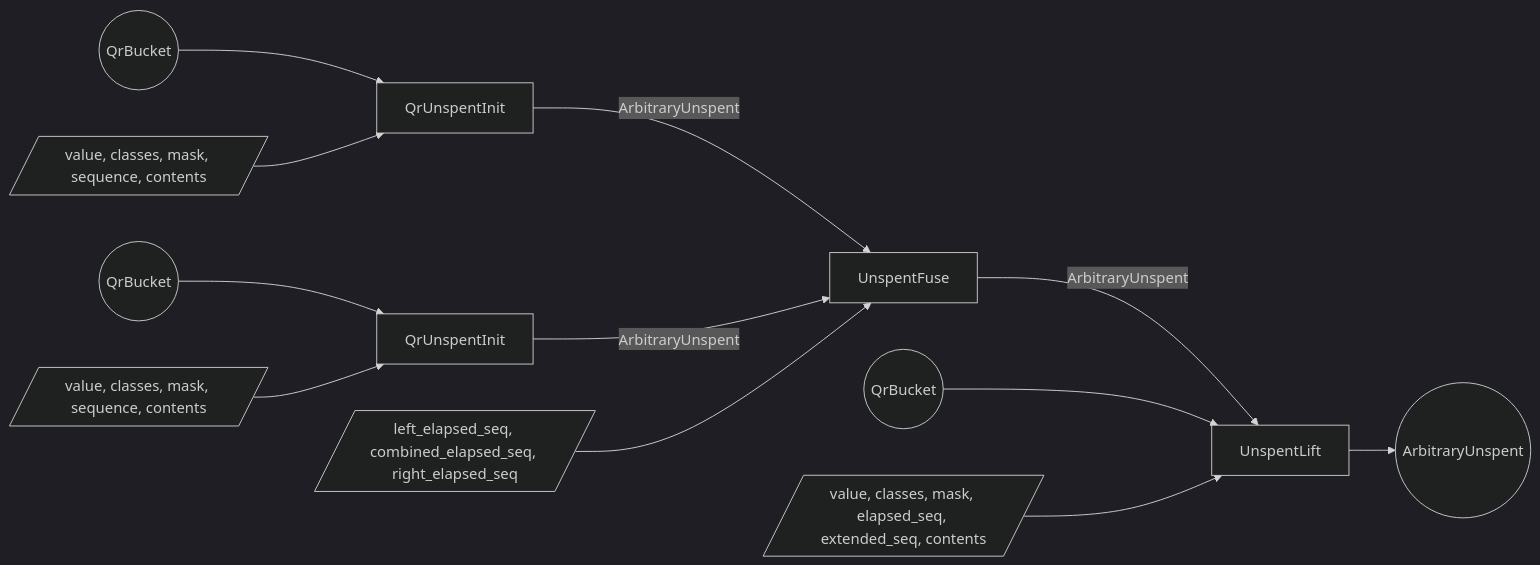
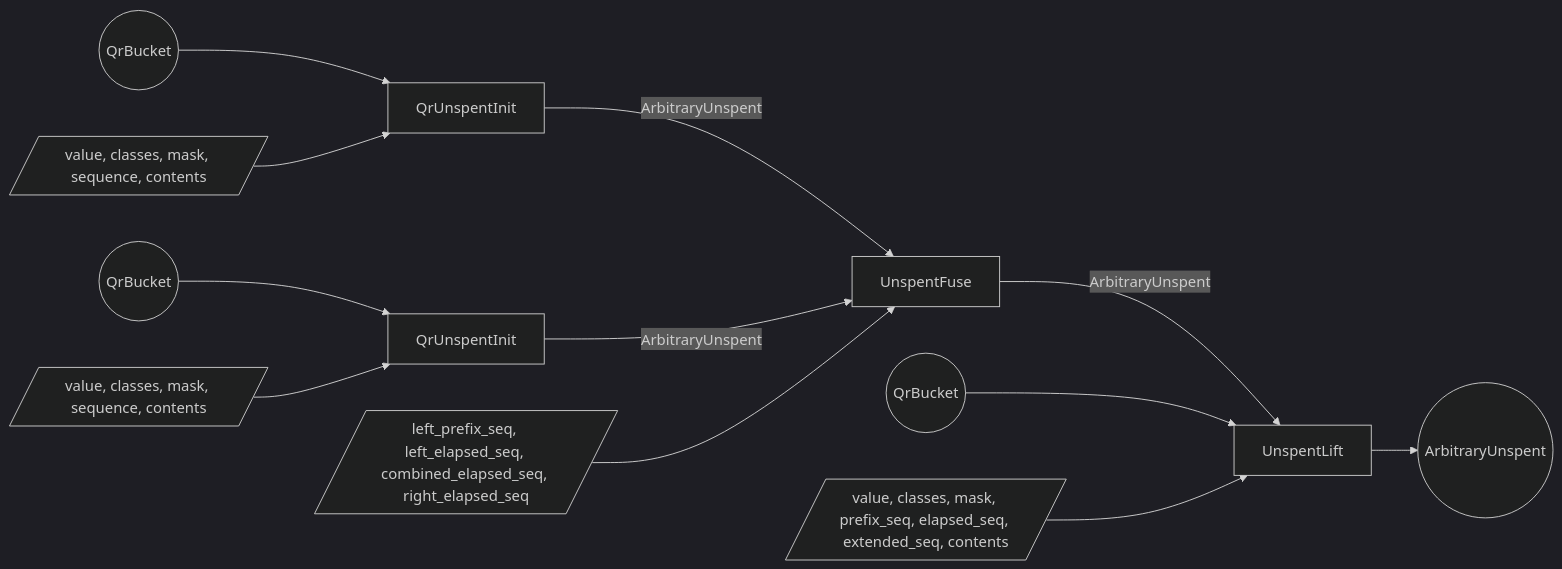
The third of 3 diagrams in book/src/proof-tree.md (tachyon-zcash/tachyon), drawn with Mermaid (dark theme) before and after one commit. The commit also changed other lines of this file and 1 other file, not shown here.

````diff
--- a/book/src/proof-tree.md
+++ b/book/src/proof-tree.md
@@ -511,27 +528,27 @@
 ```mermaid
 flowchart LR
   bucket_e((QrBucket))
   w_init[/value, classes, mask, sequence, contents/]
   s_init[QrUnspentInit]
   bucket_next((QrBucket))
   w_next[/value, classes, mask, sequence, contents/]
   s_next[QrUnspentInit]
-  w_ufuse[/left_elapsed_seq, combined_elapsed_seq, right_elapsed_seq/]
+  w_ufuse[/left_prefix_seq, left_elapsed_seq, combined_elapsed_seq, right_elapsed_seq/]
   s_ufuse[UnspentFuse]
   bucket_after((QrBucket))
-  w_ulift[/value, classes, mask, elapsed_seq, extended_seq, contents/]
+  w_ulift[/value, classes, mask, prefix_seq, elapsed_seq, extended_seq, contents/]
   s_ulift[UnspentLift]
   unspent_out((ArbitraryUnspent))
 
   bucket_e --> s_init
   w_init --> s_init
   bucket_next --> s_next
   w_next --> s_next
   s_init -->|ArbitraryUnspent| s_ufuse
   s_next -->|ArbitraryUnspent| s_ufuse
   w_ufuse --> s_ufuse
   s_ufuse -->|ArbitraryUnspent| s_ulift
   bucket_after --> s_ulift
   w_ulift --> s_ulift
   s_ulift --> unspent_out
 ```
````
